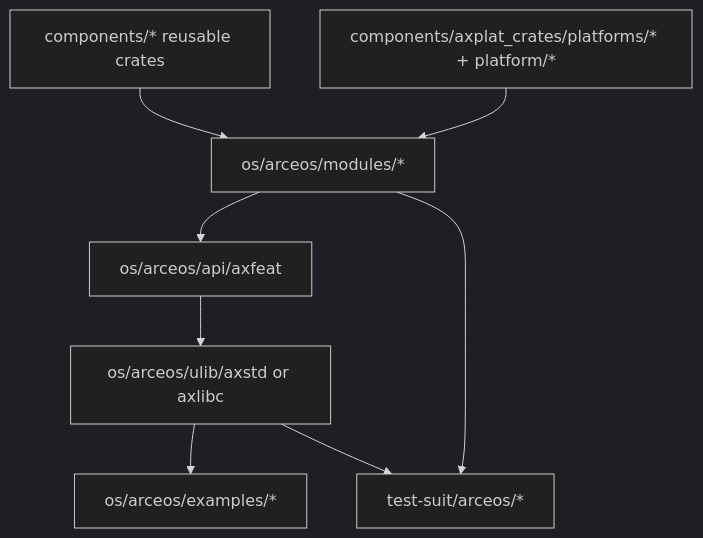
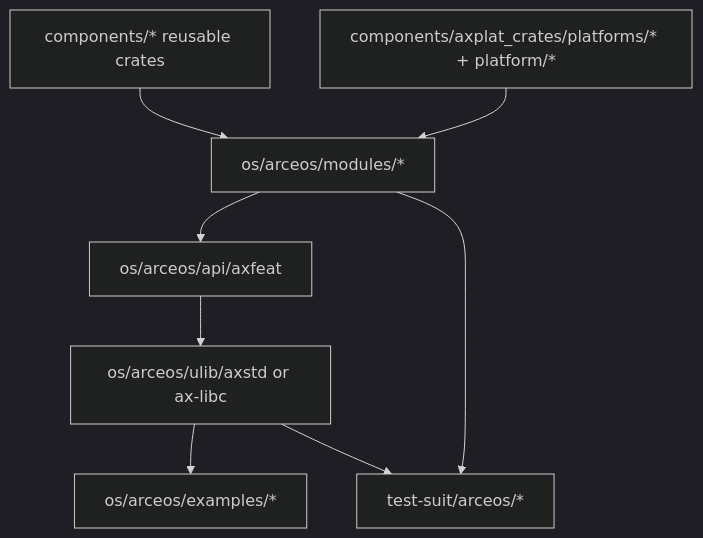
The diagram in docs/arceos-guide.md (zKurisu/tgoskits), drawn with Mermaid (dark theme) before and after one commit. The commit also changed other lines of this file and 45 other files, not shown here.

Commit message:
rename axlibc to ax-libc and complete doc migration

````diff
--- a/docs/arceos-guide.md
+++ b/docs/arceos-guide.md
@@ -62,18 +62,18 @@
 ```mermaid
 flowchart TD
     ReusableCrate["components/* reusable crates"]
     Modules["os/arceos/modules/*"]
     Axfeat["os/arceos/api/axfeat"]
-    Ulib["os/arceos/ulib/axstd or axlibc"]
+    Ulib["os/arceos/ulib/axstd or ax-libc"]
     Example["os/arceos/examples/*"]
     Tests["test-suit/arceos/*"]
     Platform["components/axplat_crates/platforms/* + platform/*"]
 
     ReusableCrate --> Modules
     Platform --> Modules
     Modules --> Axfeat
     Axfeat --> Ulib
     Ulib --> Example
     Modules --> Tests
     Ulib --> Tests
 ```
````
